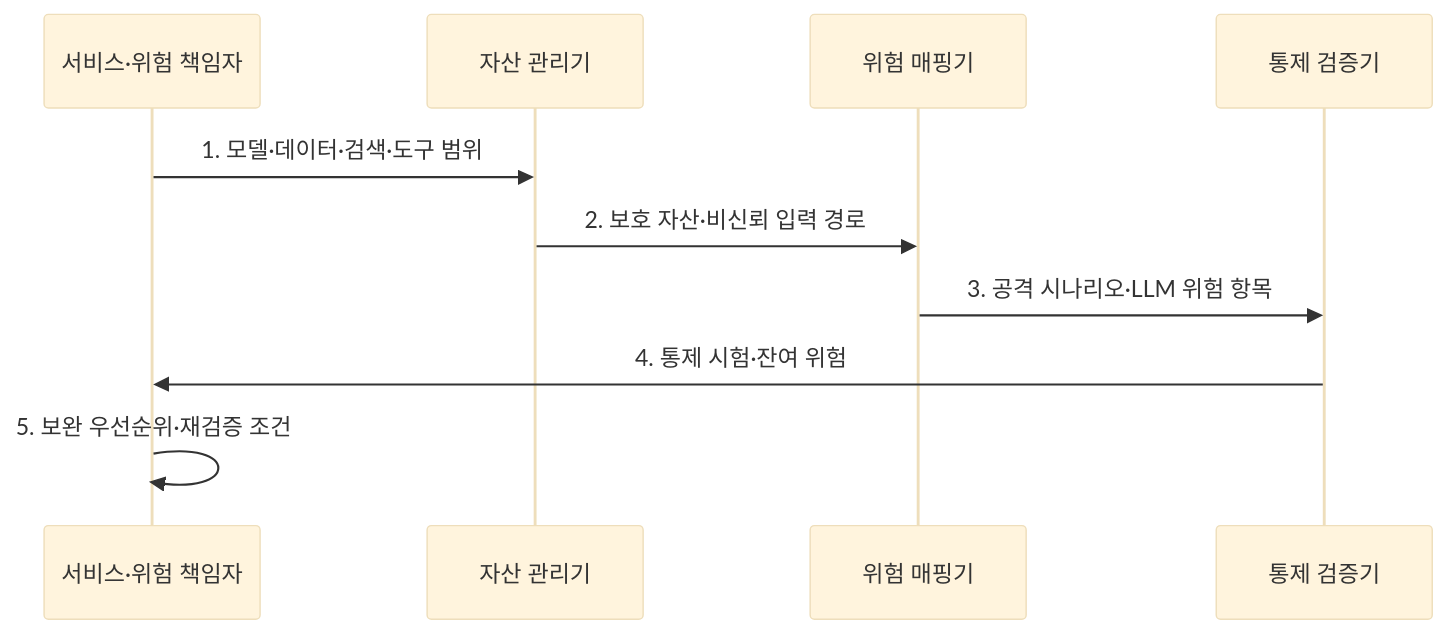
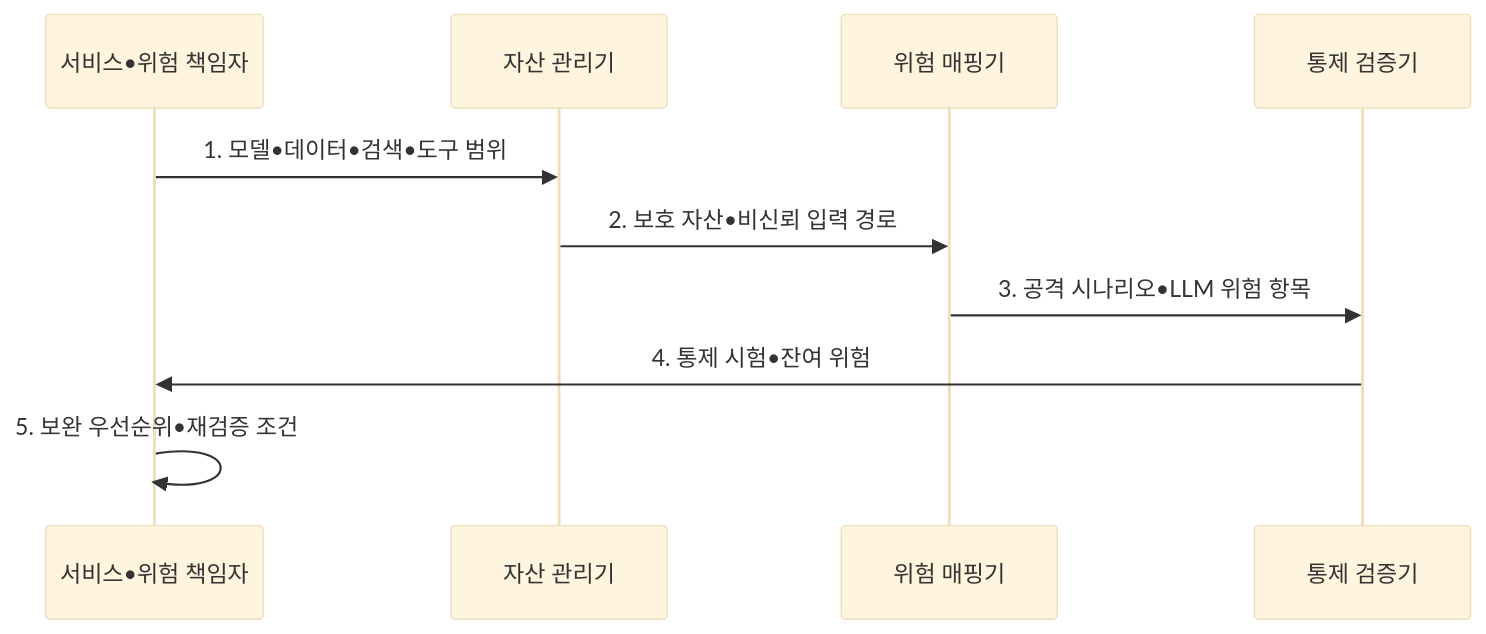
Before and after one commit to agnusdei1207/knowledge-base: the second of 2 diagrams in src/content/docs/notes/08-latest-tech/125_owasp_llm_top_10.md, drawn with Mermaid (base theme). The commit also changed other lines of this file and 953 other files, not shown here.

````diff
--- a/src/content/docs/notes/08-latest-tech/125_owasp_llm_top_10.md
+++ b/src/content/docs/notes/08-latest-tech/125_owasp_llm_top_10.md
@@ -108,12 +108,12 @@
 ```mermaid
 sequenceDiagram
-  participant O as 서비스·위험 책임자
+  participant O as 서비스•위험 책임자
   participant A as 자산 관리기
   participant M as 위험 매핑기
   participant T as 통제 검증기
-  O->>A: 1. 모델·데이터·검색·도구 범위
-  A->>M: 2. 보호 자산·비신뢰 입력 경로
-  M->>T: 3. 공격 시나리오·LLM 위험 항목
-  T->>O: 4. 통제 시험·잔여 위험
-  O->>O: 5. 보완 우선순위·재검증 조건
+  O->>A: 1. 모델•데이터•검색•도구 범위
+  A->>M: 2. 보호 자산•비신뢰 입력 경로
+  M->>T: 3. 공격 시나리오•LLM 위험 항목
+  T->>O: 4. 통제 시험•잔여 위험
+  O->>O: 5. 보완 우선순위•재검증 조건
 ```
````
